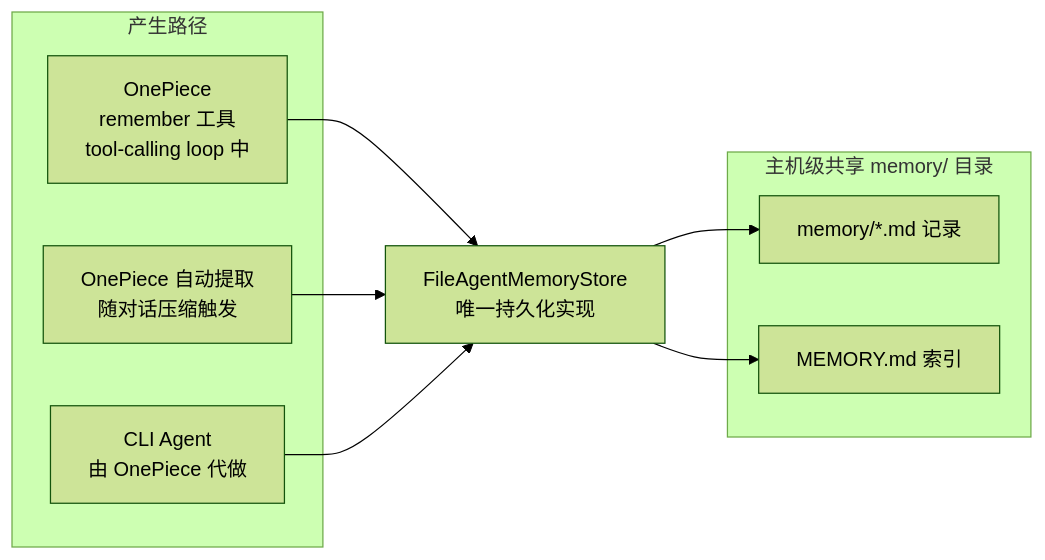
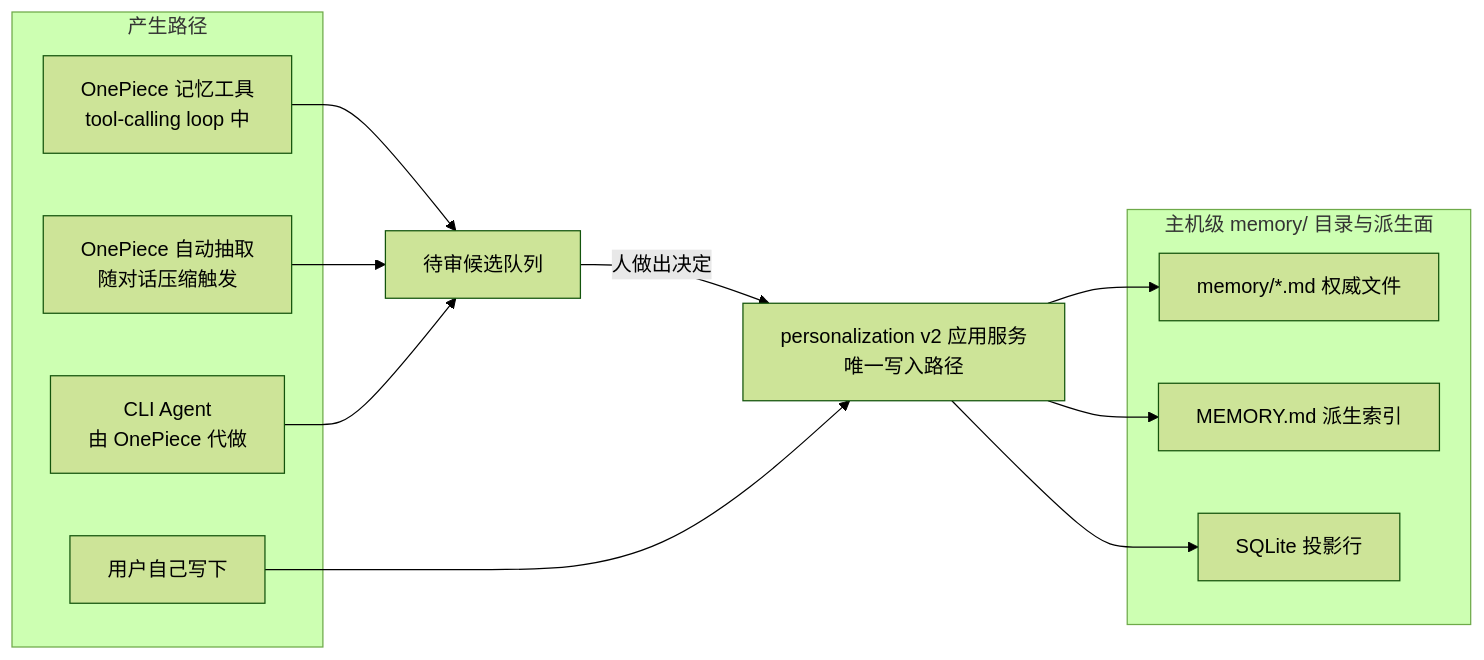
The first of 2 diagrams in docs/developer-guide/zh-CN/src/cross-session-memory.md (cdavid817/vanehub-ai), drawn with Mermaid (forest theme) before and after one commit. The commit also changed other lines of this file and 392 other files, not shown here.

First line of the commit message:
Govern personalization: scoped instructions, reviewed memory, and per-session limits (#236)

````diff
--- a/docs/developer-guide/zh-CN/src/cross-session-memory.md
+++ b/docs/developer-guide/zh-CN/src/cross-session-memory.md
@@ -22,21 +30,27 @@
 ```mermaid
 flowchart LR
-    subgraph 共享池[主机级共享 memory/ 目录]
-        MEM[memory/*.md 记录]
-        IDX[MEMORY.md 索引]
+    subgraph 存储[主机级 memory/ 目录与派生面]
+        MEM[memory/*.md 权威文件]
+        IDX[MEMORY.md 派生索引]
+        PROJ[SQLite 投影行]
     end
 
-    STORE[FileAgentMemoryStore<br/>唯一持久化实现]
+    SERVICE[personalization v2 应用服务<br/>唯一写入路径]
+    QUEUE[待审候选队列]
 
     subgraph 产生路径
-        P1[OnePiece<br/>remember 工具<br/>tool-calling loop 中]
-        P2[OnePiece 自动提取<br/>随对话压缩触发]
+        P1[OnePiece 记忆工具<br/>tool-calling loop 中]
+        P2[OnePiece 自动抽取<br/>随对话压缩触发]
         P3[CLI Agent<br/>由 OnePiece 代做]
+        P4[用户自己写下]
     end
 
-    P1 --> STORE
-    P2 --> STORE
-    P3 --> STORE
-    STORE --> MEM
-    STORE --> IDX
+    P1 --> QUEUE
+    P2 --> QUEUE
+    P3 --> QUEUE
+    QUEUE -->|人做出决定| SERVICE
+    P4 --> SERVICE
+    SERVICE --> MEM
+    SERVICE --> IDX
+    SERVICE --> PROJ
 ```
````
